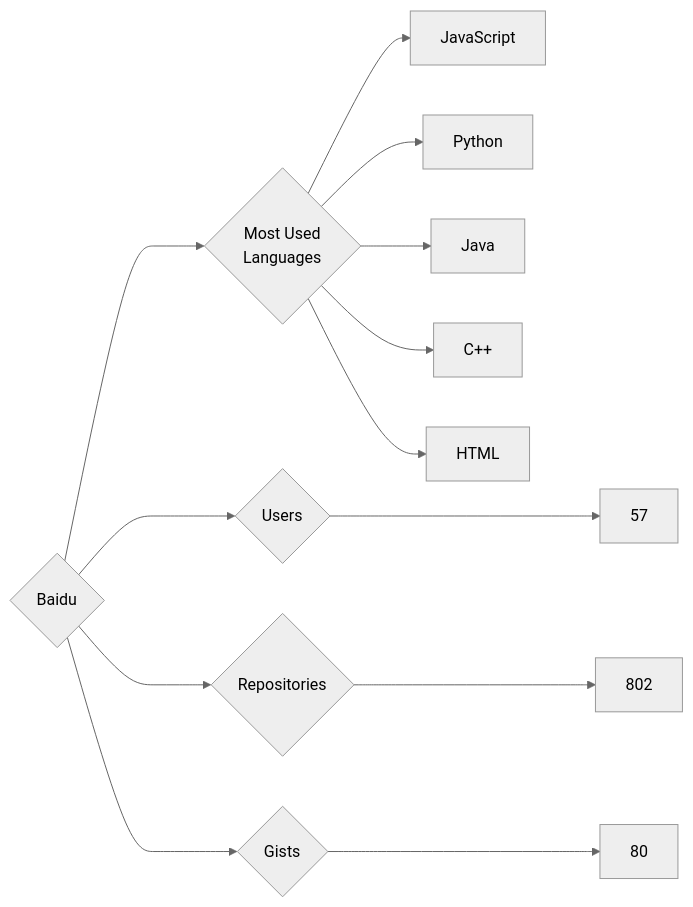
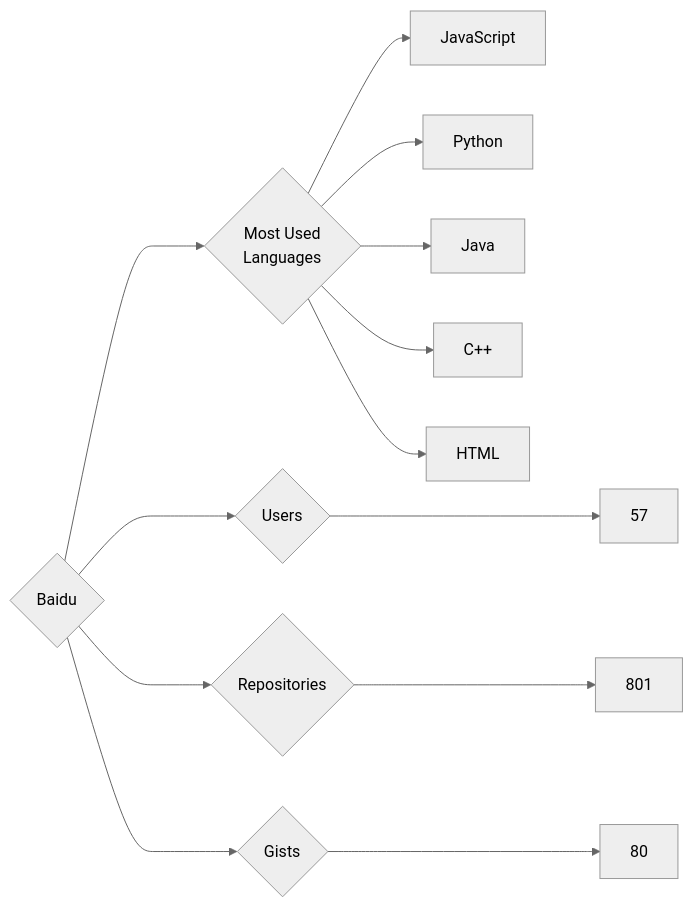
One commit to trickest/insiders changed the diagram in targets/Baidu/README.md. Above: the diagram before and after it, drawn with Mermaid (neutral theme). The commit also changed 614 other files, not shown here.

````diff
--- a/targets/Baidu/README.md
+++ b/targets/Baidu/README.md
@@ -3,13 +3,13 @@
 ```mermaid
 graph LR
 COMPANY_NAME{Baidu}
 COMPANY_NAME ---> U{Users} ---> UN[57]
-COMPANY_NAME ---> R{Repositories} ---> RN[802]
+COMPANY_NAME ---> R{Repositories} ---> RN[801]
 COMPANY_NAME ---> G{Gists} ---> GN[80]
 COMPANY_NAME ---> ML{Most Used<br>Languages}
 ML --> JavaScript[JavaScript]
 ML --> Python[Python]
 ML --> Java[Java]
 ML --> C++[C++]
 ML --> HTML[HTML]
 ```
````
